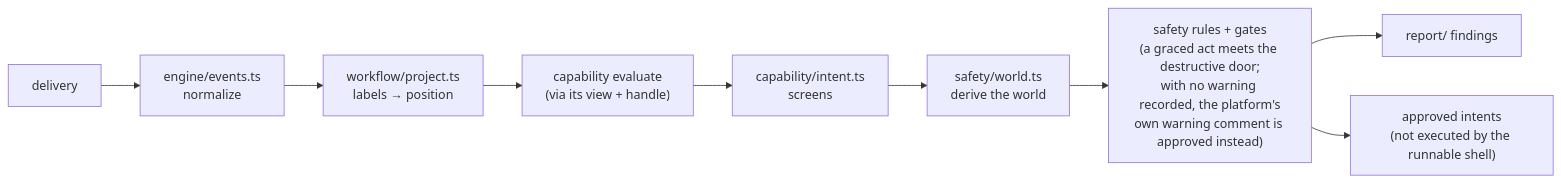
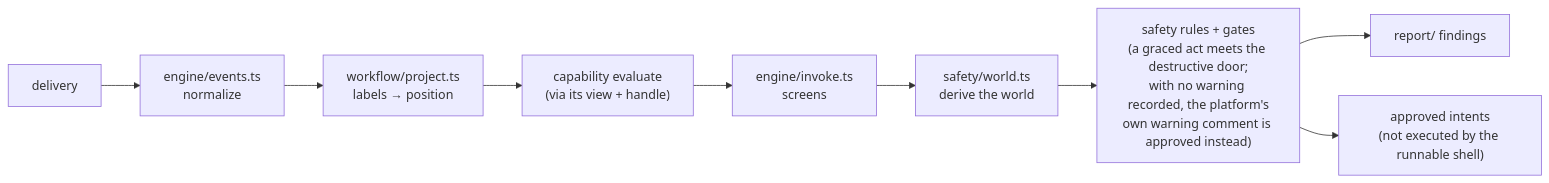
The first of 3 diagrams in packages/core/README.md (exploreriii/sdk-automations), drawn with Mermaid before and after one commit. The commit also changed other lines of this file and 49 other files, not shown here.

````diff
--- a/packages/core/README.md
+++ b/packages/core/README.md
@@ -15,20 +15,20 @@
 ```mermaid
 flowchart LR
     D["delivery"] --> N["engine/events.ts
 normalize"]
     N --> P["workflow/project.ts
 labels → position"]
     P --> E["capability evaluate
 (via its view + handle)"]
-    E --> S["capability/intent.ts
+    E --> S["engine/invoke.ts
 screens"]
     S --> W["safety/world.ts
 derive the world"]
     W --> G["safety rules + gates
 (a graced act meets the destructive door;
 with no warning recorded, the platform's
 own warning comment is approved instead)"]
     G --> R["report/ findings"]
     G --> A["approved intents
 (not executed by the runnable shell)"]
 ```
````
